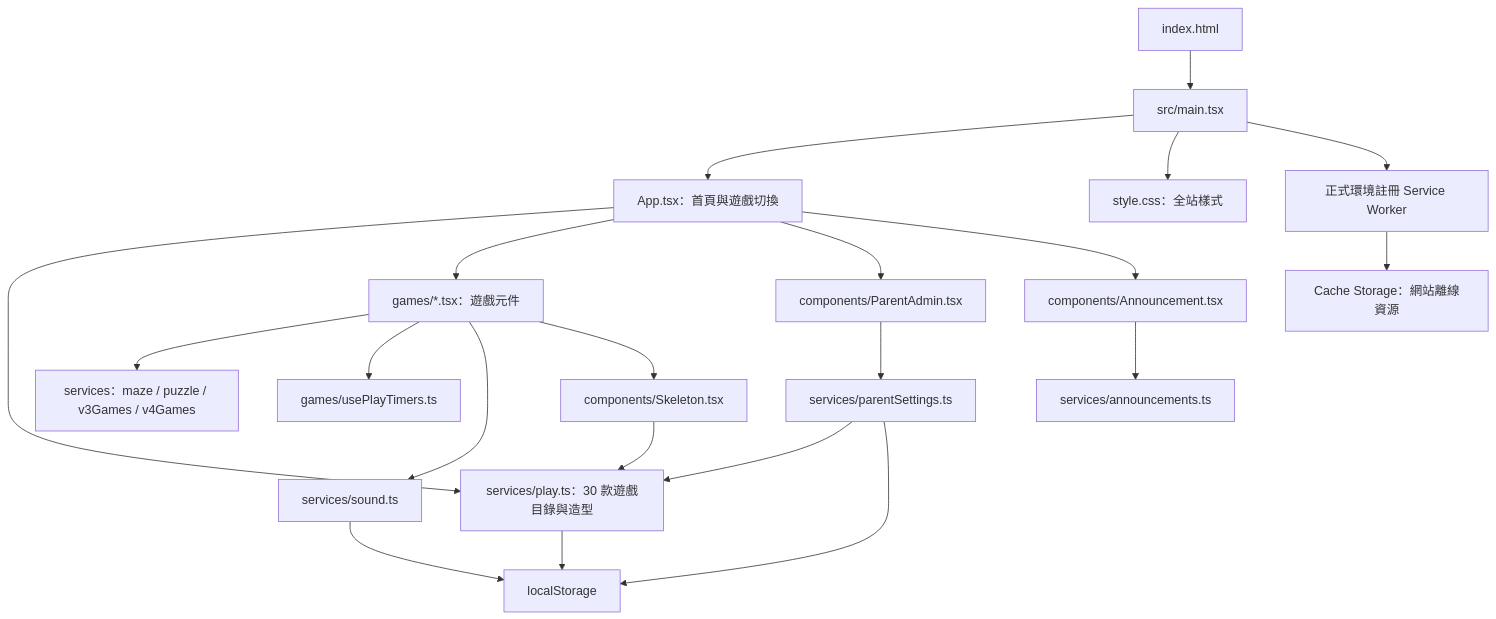
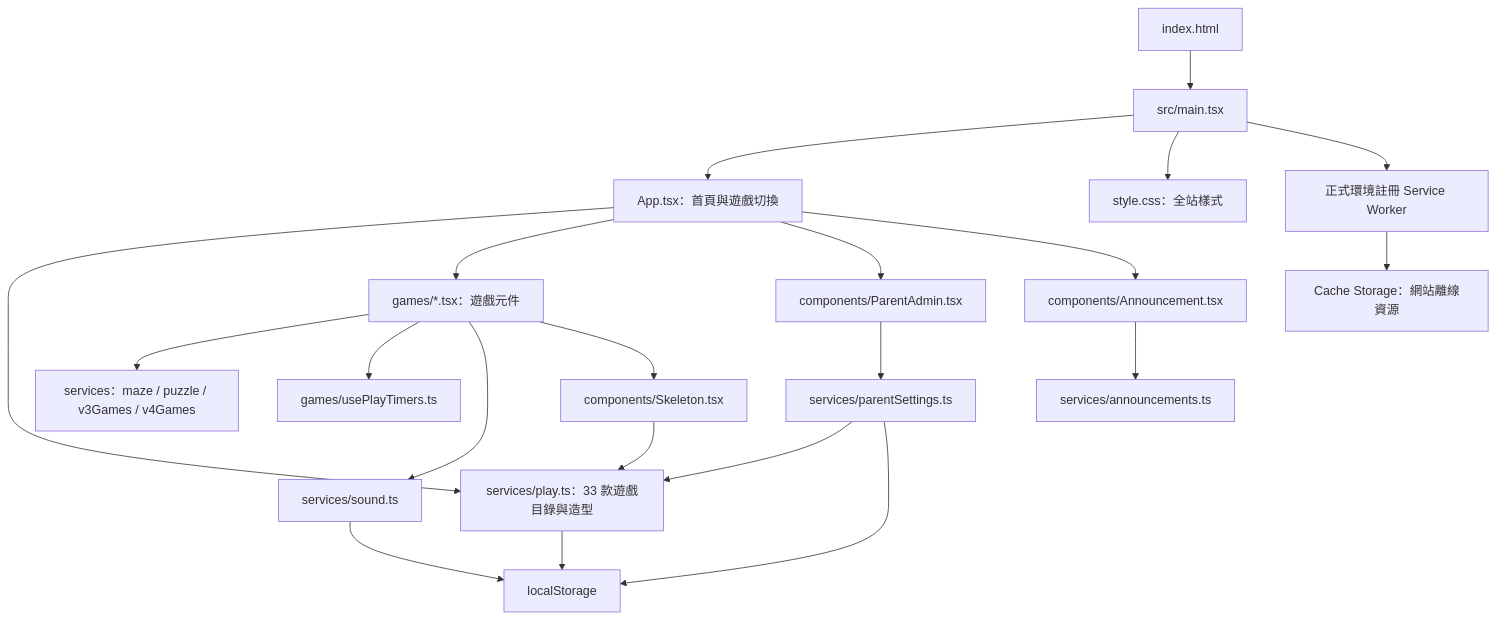
One commit to kfed0526/skeleton-playground changed the first of 2 diagrams in PROJECT_MAP.md. Above: the diagram before and after it, drawn with Mermaid. The commit also changed other lines of this file and 10 other files, not shown here.

````diff
--- a/PROJECT_MAP.md
+++ b/PROJECT_MAP.md
@@ -11,23 +11,23 @@
 ```mermaid
 flowchart TD
   HTML[index.html] --> MAIN[src/main.tsx]
   MAIN --> APP[App.tsx：首頁與遊戲切換]
   MAIN --> STYLE[style.css：全站樣式]
   MAIN --> SW[正式環境註冊 Service Worker]
-  APP --> CATALOG[services/play.ts：30 款遊戲目錄與造型]
+  APP --> CATALOG[services/play.ts：33 款遊戲目錄與造型]
   APP --> GAMES[games/*.tsx：遊戲元件]
   APP --> PARENT[components/ParentAdmin.tsx]
   APP --> NEWS[components/Announcement.tsx]
   NEWS --> RELEASE[services/announcements.ts]
   PARENT --> SETTINGS[services/parentSettings.ts]
   SETTINGS --> CATALOG
   GAMES --> RULES[services：maze / puzzle / v3Games / v4Games]
   GAMES --> TIMER[games/usePlayTimers.ts]
   GAMES --> SOUND[services/sound.ts]
   GAMES --> SKEL[components/Skeleton.tsx]
   SKEL --> CATALOG
   CATALOG --> STORE[localStorage]
   SETTINGS --> STORE
   SOUND --> STORE
   SW --> CACHE[Cache Storage：網站離線資源]
 ```
````
